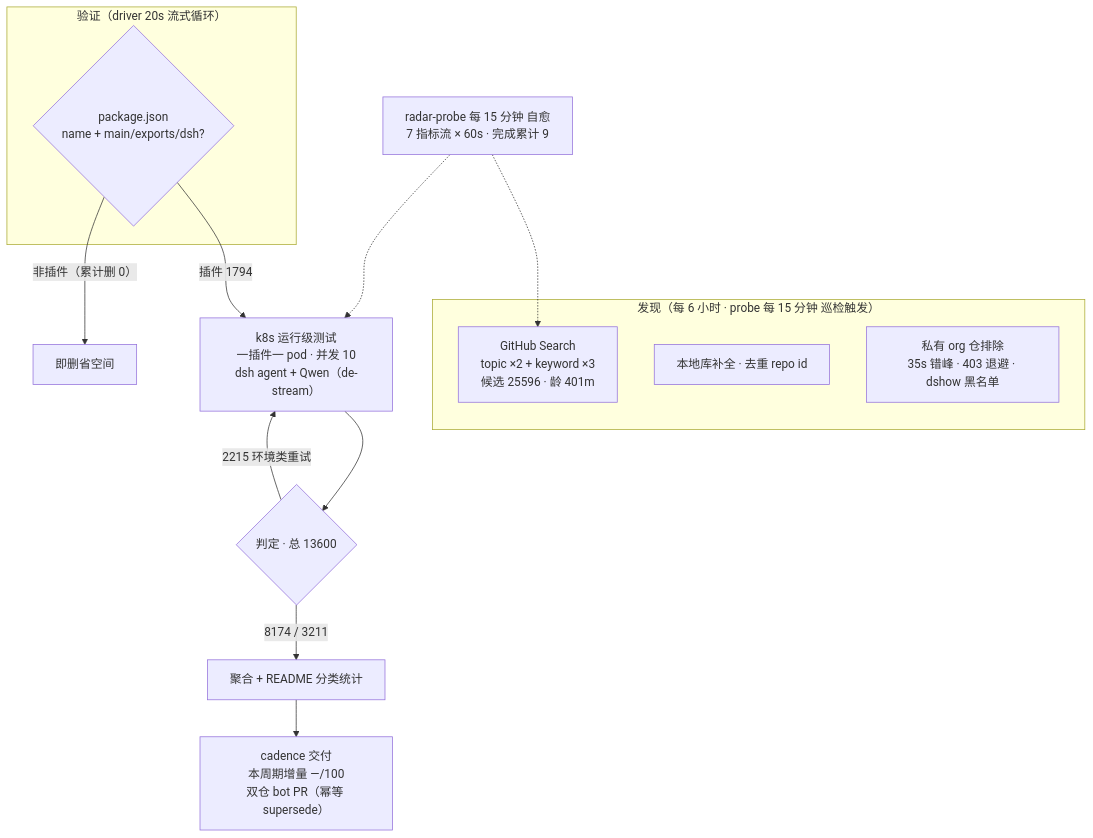
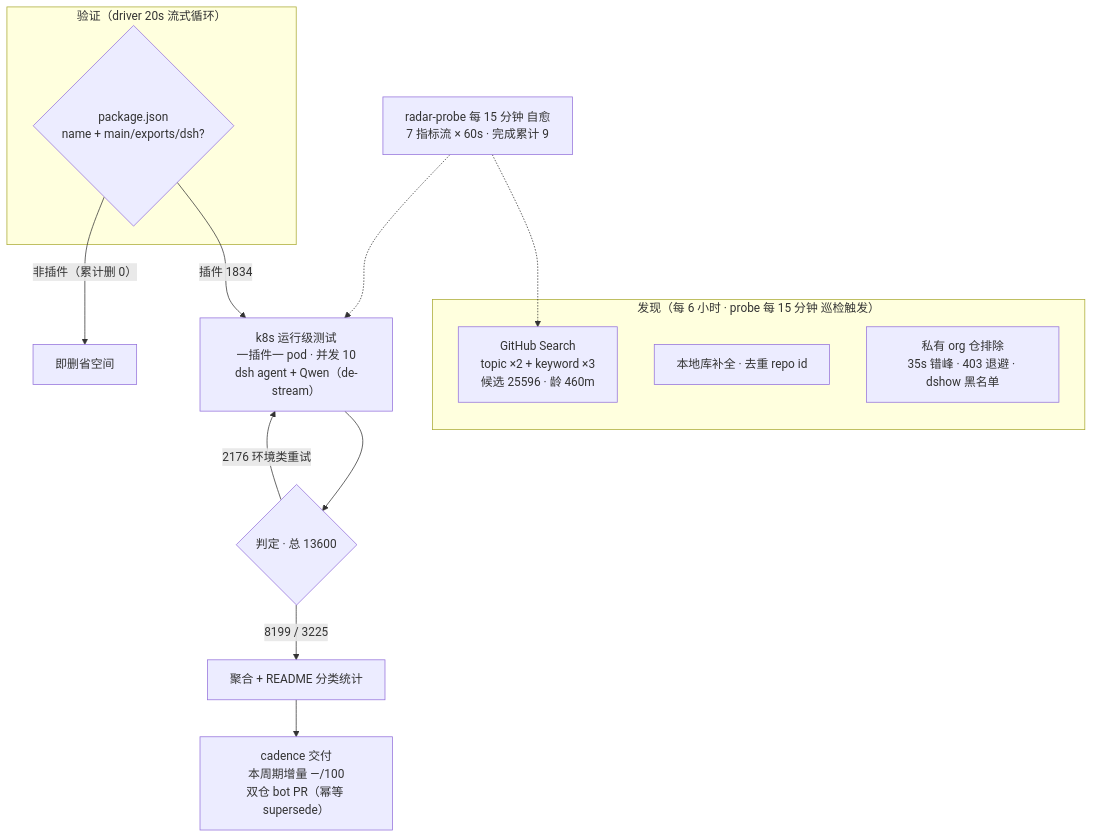
Before and after one commit to AdamPlatin123/dsh-plugin-radar: the diagram in README.md, drawn with Mermaid. The commit also changed other lines of this file and 14 other files, not shown here.

````diff
--- a/README.md
+++ b/README.md
@@ -174,20 +176,20 @@
 ```mermaid
 flowchart TB
     subgraph Discovery["发现（每 6 小时 · probe 每 15 分钟 巡检触发）"]
-        A1["GitHub Search<br/>topic ×2 + keyword ×3<br/>候选 25596 · 龄 401m"]
+        A1["GitHub Search<br/>topic ×2 + keyword ×3<br/>候选 25596 · 龄 460m"]
         A2["本地库补全 · 去重 repo id"]
         A3["私有 org 仓排除<br/>35s 错峰 · 403 退避 · dshow 黑名单"]
     end
     subgraph Validation["验证（driver 20s 流式循环）"]
         B1{"package.json<br/>name + main/exports/dsh?"}
     end
-    B1 -->|"插件 1794"| C1["k8s 运行级测试<br/>一插件一 pod · 并发 10<br/>dsh agent + Qwen（de-stream）"]
+    B1 -->|"插件 1834"| C1["k8s 运行级测试<br/>一插件一 pod · 并发 10<br/>dsh agent + Qwen（de-stream）"]
     B1 -->|"非插件（累计删 0）"| B3["即删省空间"]
     C1 --> D1{"判定 · 总 13600"}
-    D1 -->|"8174 / 3211"| E1["聚合 + README 分类统计"]
-    D1 -->|"2215 环境类重试"| C1
+    D1 -->|"8199 / 3225"| E1["聚合 + README 分类统计"]
+    D1 -->|"2176 环境类重试"| C1
     E1 --> E2["cadence 交付<br/>本周期增量 —/100<br/>双仓 bot PR（幂等 supersede）"]
     M["radar-probe 每 15 分钟 自愈<br/>7 指标流 × 60s · 完成累计 9"]
     M -.-> A1
     M -.-> C1
 ```
````
